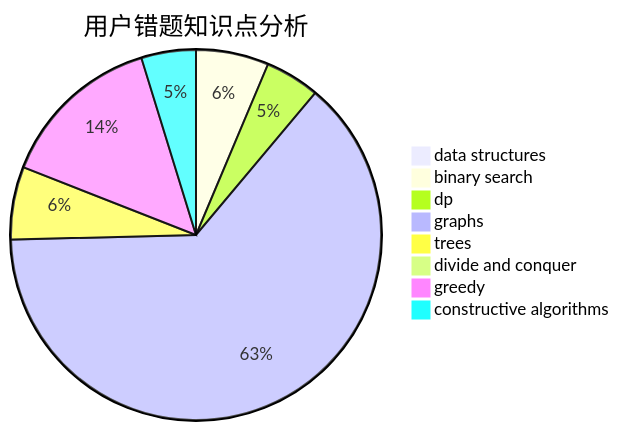
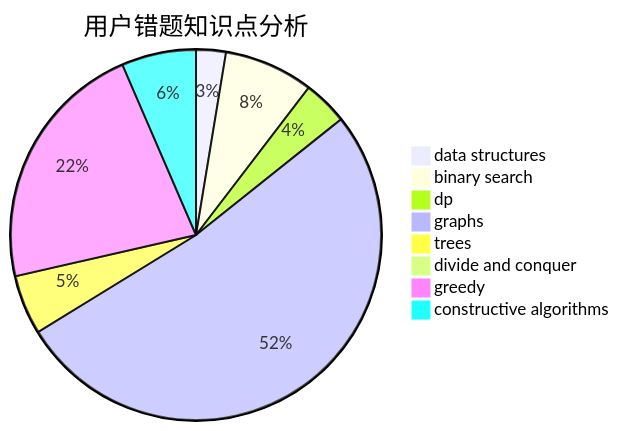
One commit to sherpahu/cfrs.github.io changed the third of 3 diagrams in docs/user/u1070.md. Above: the diagram before and after it, drawn with Mermaid. The commit also changed other lines of this file and 2770 other files, not shown here.

````diff
--- a/docs/user/u1070.md
+++ b/docs/user/u1070.md
@@ -36,11 +36,11 @@
 ```mermaid
 pie title 用户错题知识点分析
-    "data structures" :  0
-    "binary search" :  4
+    "data structures" :  2
+    "binary search" :  6
     "dp" :  3
     "graphs" :  40
     "trees" :  4
     "divide and conquer" :  0
-    "greedy" :  9
-    "constructive algorithms" :  3
+    "greedy" :  17
+    "constructive algorithms" :  5
 ```
````
